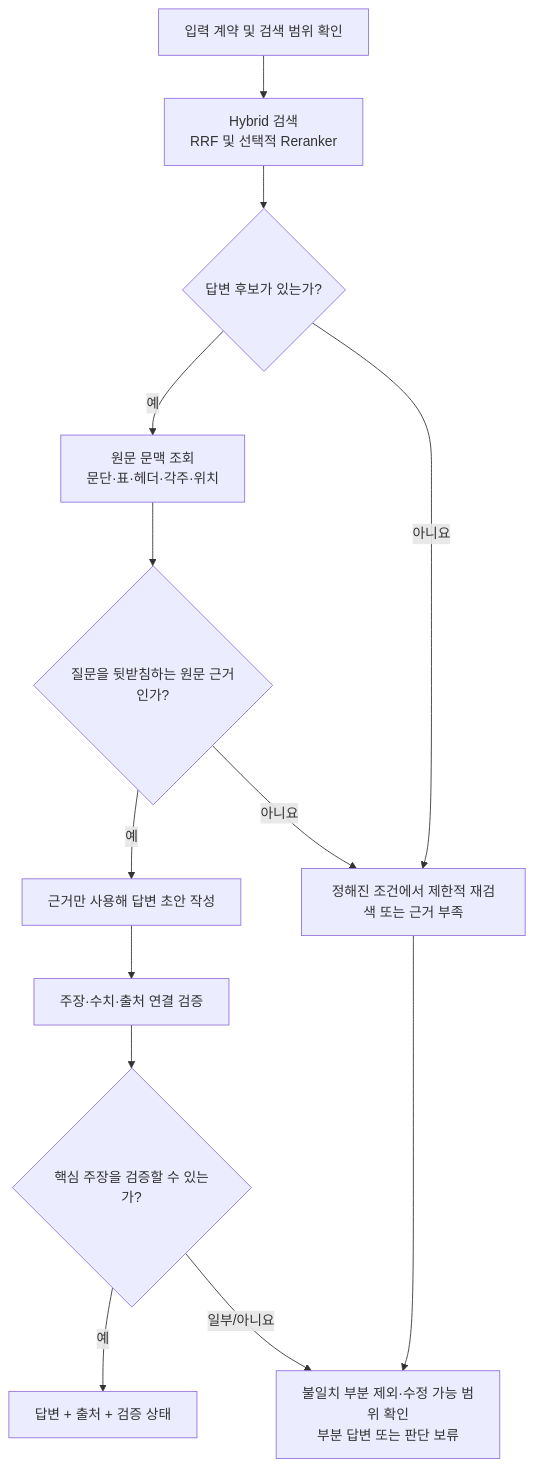
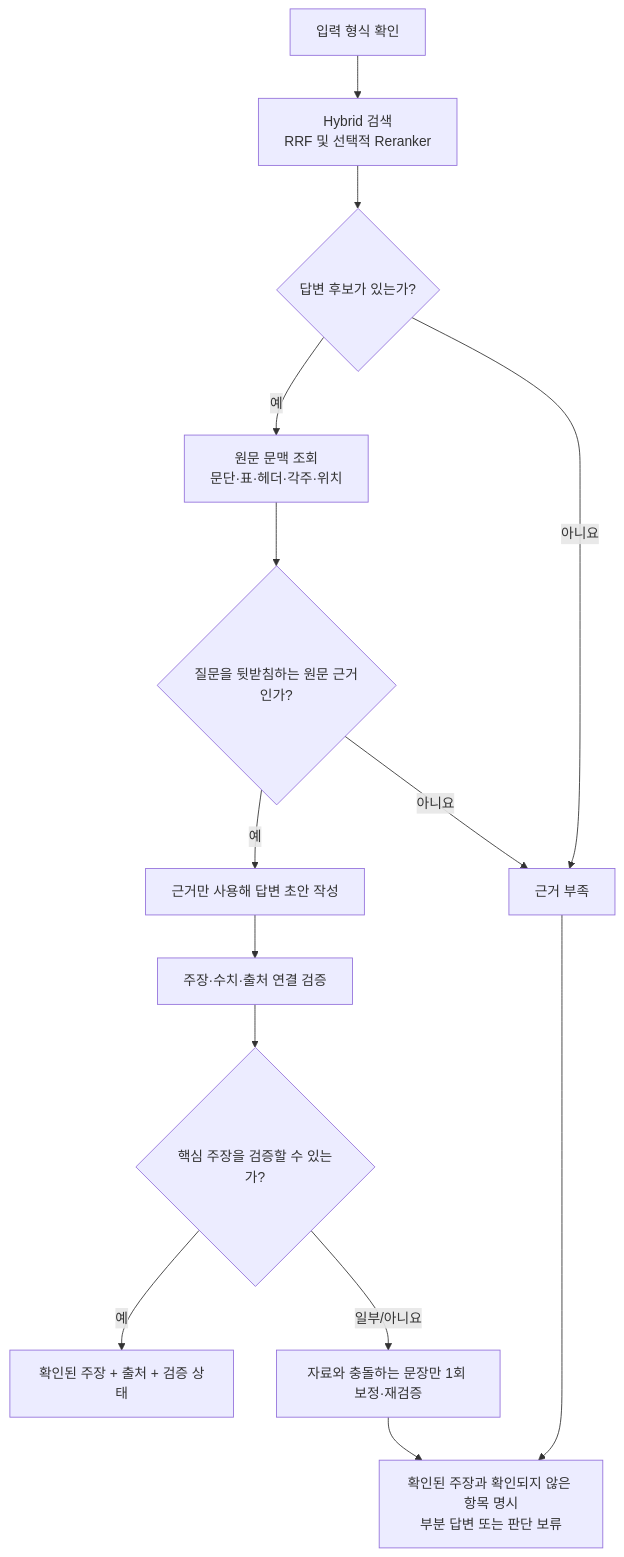
One commit to Jungminii-1114/ReportAnchor changed the first of 2 diagrams in docs/big-nodes/T-01.md. Above: the diagram before and after it, drawn with Mermaid. The commit also changed other lines of this file and 15 other files, not shown here.

````diff
--- a/docs/big-nodes/T-01.md
+++ b/docs/big-nodes/T-01.md
@@ -17,15 +19,16 @@
 ```mermaid
 flowchart TD
-    A["입력 계약 및 검색 범위 확인"] --> B["Hybrid 검색<br/>RRF 및 선택적 Reranker"]
+    A["입력 형식 확인"] --> B["Hybrid 검색<br/>RRF 및 선택적 Reranker"]
     B --> C{"답변 후보가 있는가?"}
     C -->|"예"| D["원문 문맥 조회<br/>문단·표·헤더·각주·위치"]
-    C -->|"아니요"| X["정해진 조건에서 제한적 재검색 또는 근거 부족"]
+    C -->|"아니요"| X["근거 부족"]
     D --> E{"질문을 뒷받침하는 원문 근거인가?"}
     E -->|"예"| F["근거만 사용해 답변 초안 작성"]
     E -->|"아니요"| X
     F --> G["주장·수치·출처 연결 검증"]
     G --> H{"핵심 주장을 검증할 수 있는가?"}
-    H -->|"예"| I["답변 + 출처 + 검증 상태"]
-    H -->|"일부/아니요"| J["불일치 부분 제외·수정 가능 범위 확인<br/>부분 답변 또는 판단 보류"]
+    H -->|"예"| I["확인된 주장 + 출처 + 검증 상태"]
+    H -->|"일부/아니요"| K["자료와 충돌하는 문장만 1회 보정·재검증"]
+    K --> J["확인된 주장과 확인되지 않은 항목 명시<br/>부분 답변 또는 판단 보류"]
     X --> J
 ```
````
